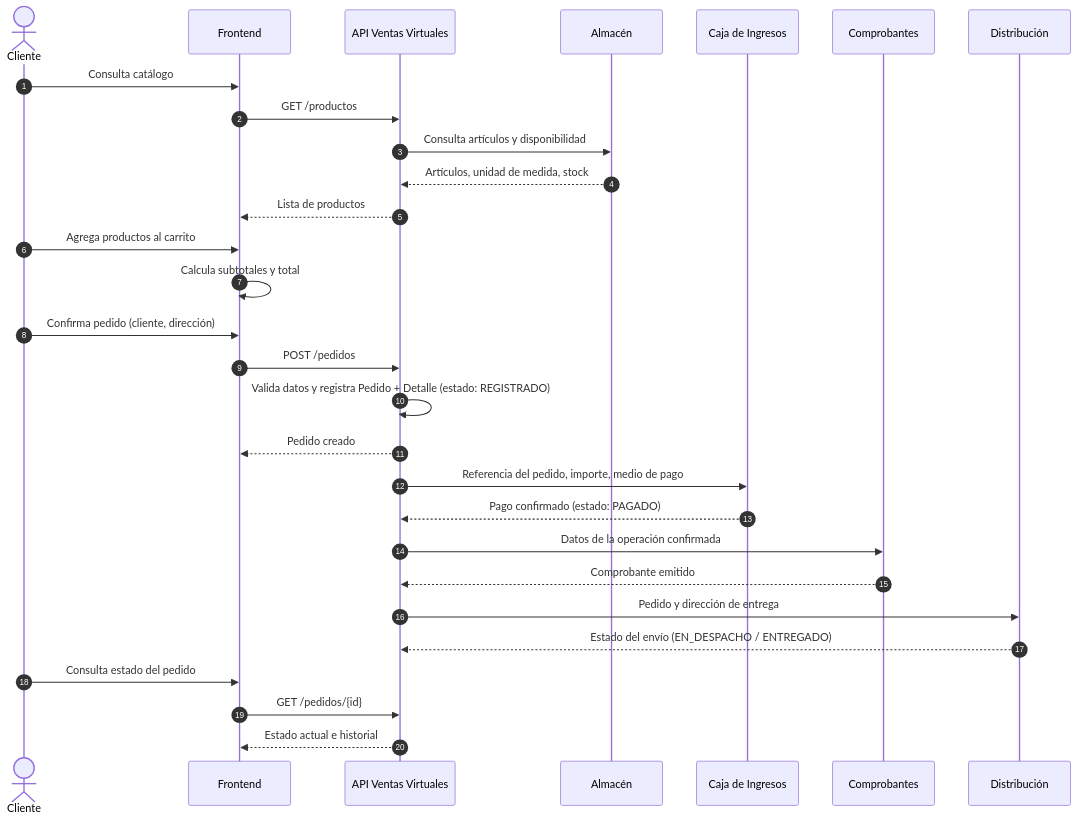
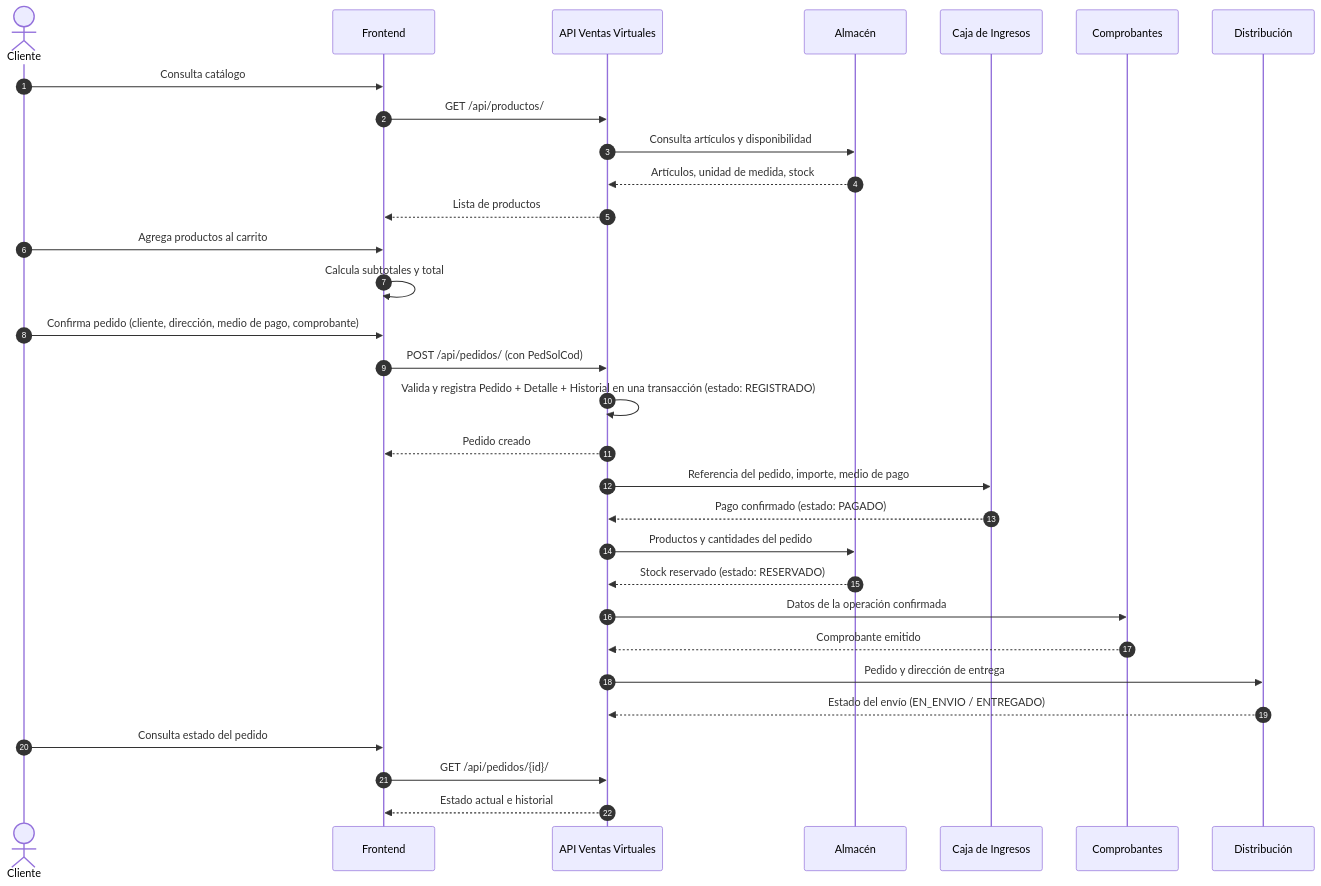
The third of 5 diagrams in docs/arquitectura.md (unsa-fsi-2026b-ventas-virtuales/ventas-virtuales), drawn with Mermaid before and after one commit. The commit also changed other lines of this file and 1 other file, not shown here.

Commit message:
docs(arquitectura): actualizar modelo y estados según diccionario de datos

````diff
--- a/docs/arquitectura.md
+++ b/docs/arquitectura.md
@@ -70,32 +72,34 @@
 ```mermaid
 sequenceDiagram
     autonumber
     actor C as Cliente
     participant FE as Frontend
     participant BE as API Ventas Virtuales
     participant ALM as Almacén
     participant CAJ as Caja de Ingresos
     participant COM as Comprobantes
     participant DIS as Distribución
 
     C->>FE: Consulta catálogo
-    FE->>BE: GET /productos
+    FE->>BE: GET /api/productos/
     BE->>ALM: Consulta artículos y disponibilidad
     ALM-->>BE: Artículos, unidad de medida, stock
     BE-->>FE: Lista de productos
     C->>FE: Agrega productos al carrito
     FE->>FE: Calcula subtotales y total
-    C->>FE: Confirma pedido (cliente, dirección)
-    FE->>BE: POST /pedidos
-    BE->>BE: Valida datos y registra Pedido + Detalle (estado: REGISTRADO)
+    C->>FE: Confirma pedido (cliente, dirección, medio de pago, comprobante)
+    FE->>BE: POST /api/pedidos/ (con PedSolCod)
+    BE->>BE: Valida y registra Pedido + Detalle + Historial en una transacción (estado: REGISTRADO)
     BE-->>FE: Pedido creado
     BE->>CAJ: Referencia del pedido, importe, medio de pago
     CAJ-->>BE: Pago confirmado (estado: PAGADO)
+    BE->>ALM: Productos y cantidades del pedido
+    ALM-->>BE: Stock reservado (estado: RESERVADO)
     BE->>COM: Datos de la operación confirmada
     COM-->>BE: Comprobante emitido
     BE->>DIS: Pedido y dirección de entrega
-    DIS-->>BE: Estado del envío (EN_DESPACHO / ENTREGADO)
+    DIS-->>BE: Estado del envío (EN_ENVIO / ENTREGADO)
     C->>FE: Consulta estado del pedido
-    FE->>BE: GET /pedidos/{id}
+    FE->>BE: GET /api/pedidos/{id}/
     BE-->>FE: Estado actual e historial
 ```
````
